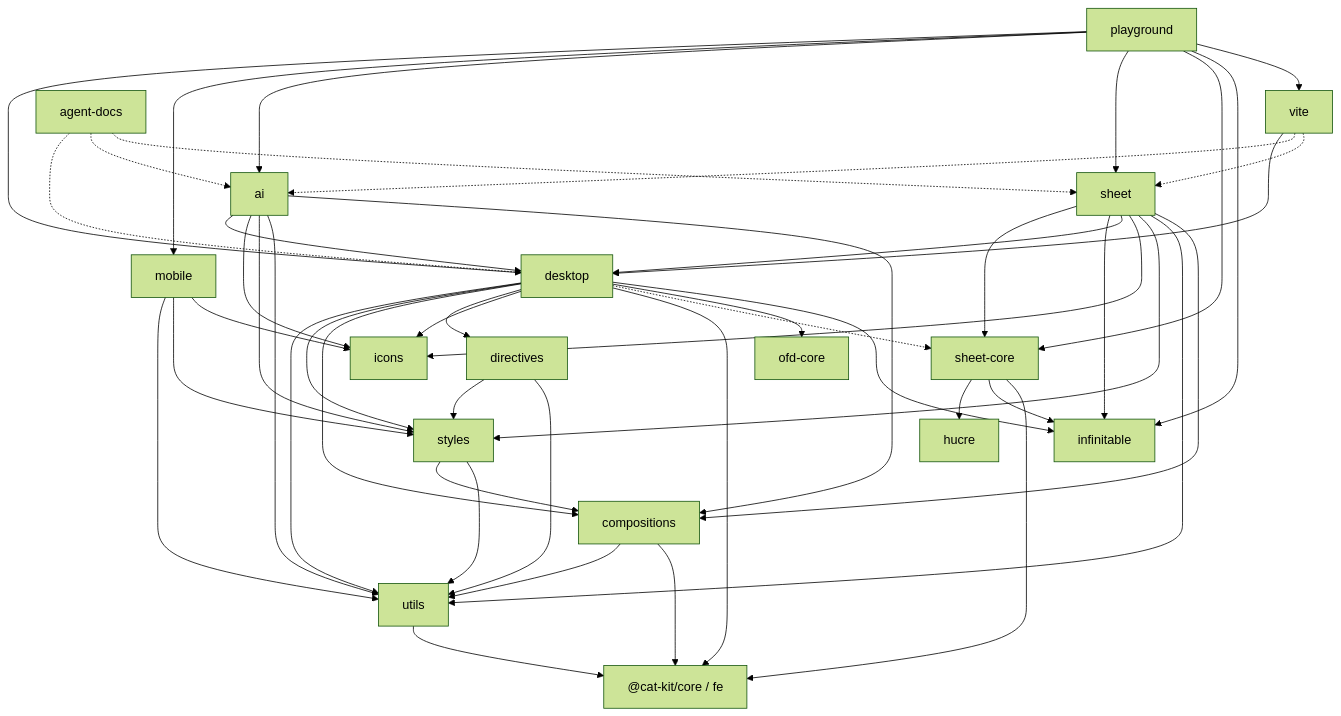
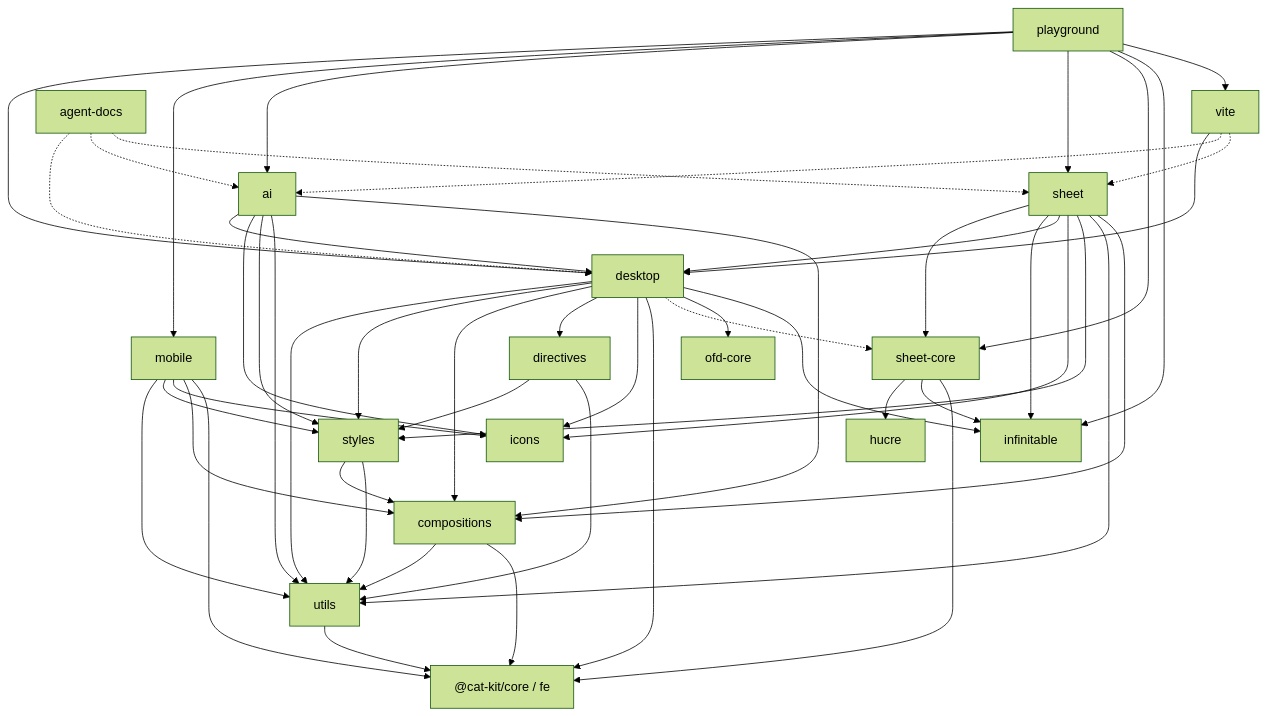
One commit to cabinet-fe/ultra-ui changed the diagram in .agents/docs/CODE-MAP.md. Above: the diagram before and after it, drawn with Mermaid (forest theme). The commit also changed 260 other files, not shown here.

````diff
--- a/.agents/docs/CODE-MAP.md
+++ b/.agents/docs/CODE-MAP.md
@@ -58,66 +58,68 @@
 ```mermaid
 graph TD
   catkit["@cat-kit/core / fe"]
   utils["utils"]
   compositions["compositions"]
   styles["styles"]
   directives["directives"]
   icons["icons"]
   desktop["desktop"]
   sheetCore["sheet-core"]
   sheet["sheet"]
   ai["ai"]
   ofdCore["ofd-core"]
   vitePkg["vite"]
   mobile["mobile"]
   playground["playground"]
   agentDocs["agent-docs"]
 
   utils --> catkit
   compositions --> utils
   compositions --> catkit
   styles --> compositions
   styles --> utils
   directives --> styles
   directives --> utils
   desktop --> utils
   desktop --> styles
   desktop --> compositions
   desktop --> directives
   desktop --> icons
   desktop --> catkit
   desktop -.-> sheetCore
   desktop --> ofdCore
   desktop --> infTable["infinitable"]
   sheetCore --> hucre["hucre"]
   sheetCore --> infTable
   sheetCore --> catkit
   sheet --> sheetCore
   sheet --> infTable
   sheet --> desktop
   sheet --> icons
   sheet --> styles
   sheet --> utils
   sheet --> compositions
   ai --> desktop
   ai --> icons
   ai --> styles
   ai --> utils
   ai --> compositions
   mobile --> utils
   mobile --> styles
   mobile --> icons
+  mobile --> compositions
+  mobile --> catkit
   vitePkg --> desktop
   vitePkg -.-> ai
   vitePkg -.-> sheet
   playground --> desktop
   playground --> mobile
   playground --> ai
   playground --> sheet
   playground --> sheetCore
   playground --> infTable
   playground --> vitePkg
   agentDocs -.-> desktop
   agentDocs -.-> ai
   agentDocs -.-> sheet
 ```
````
